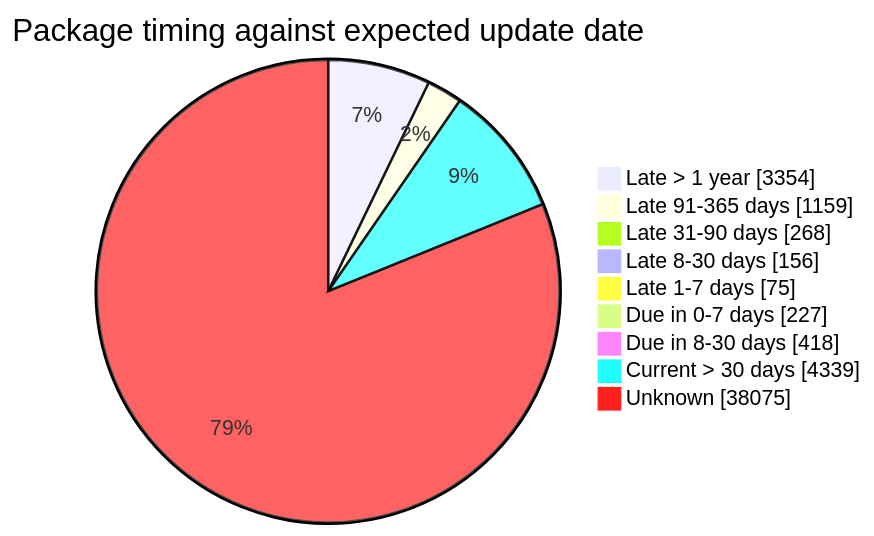
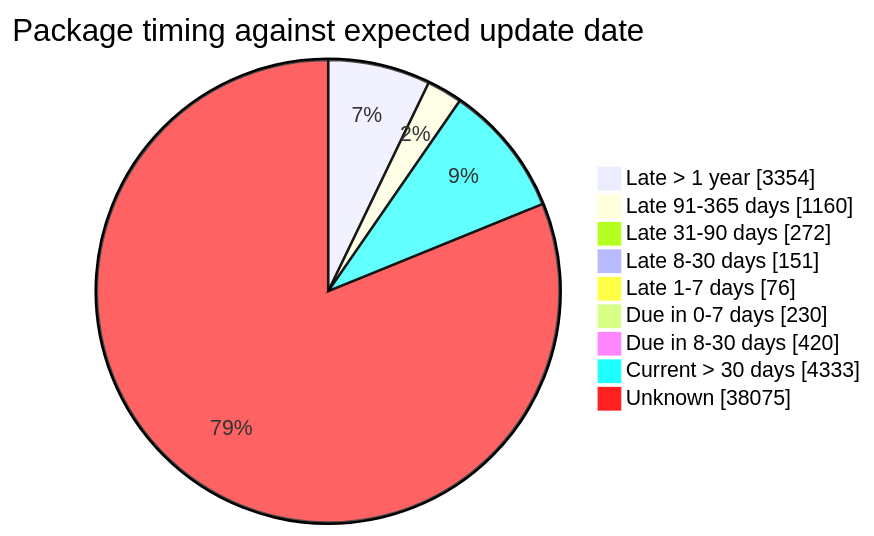
The fourth of 5 diagrams in FreshCheck/README.md (open-data/analytics-corporate-reporting), drawn with Mermaid before and after one commit. The commit also changed other lines of this file and 3 other files, not shown here.

````diff
--- a/FreshCheck/README.md
+++ b/FreshCheck/README.md
@@ -86,12 +86,12 @@
 ```mermaid
 pie showData title Package timing against expected update date
     "Late > 1 year": 3354
-    "Late 91-365 days": 1159
-    "Late 31-90 days": 268
-    "Late 8-30 days": 156
-    "Late 1-7 days": 75
-    "Due in 0-7 days": 227
-    "Due in 8-30 days": 418
-    "Current > 30 days": 4339
+    "Late 91-365 days": 1160
+    "Late 31-90 days": 272
+    "Late 8-30 days": 151
+    "Late 1-7 days": 76
+    "Due in 0-7 days": 230
+    "Due in 8-30 days": 420
+    "Current > 30 days": 4333
     "Unknown": 38075
 ```
````
